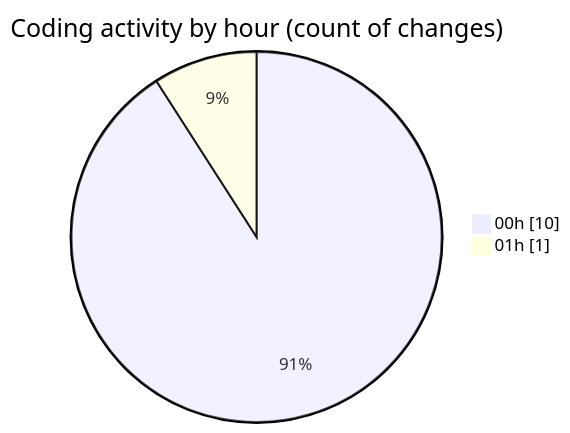
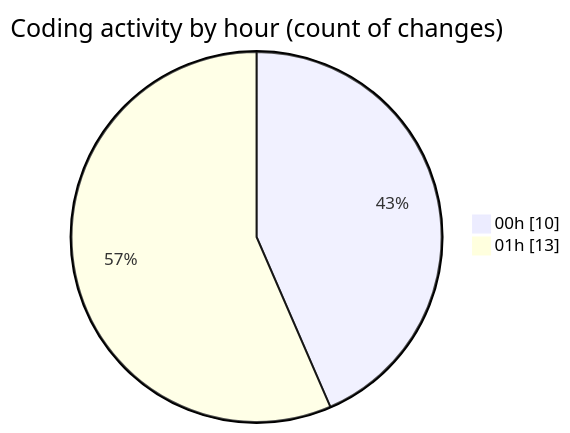
One commit to ernivani/code-tracking changed the second of 2 diagrams in 2024-12-30/my-code-activity-ext/README.md. Above: the diagram before and after it, drawn with Mermaid. The commit also changed other lines of this file and 1 other file, not shown here.

````diff
--- a/2024-12-30/my-code-activity-ext/README.md
+++ b/2024-12-30/my-code-activity-ext/README.md
@@ -34,6 +41,6 @@
 ```mermaid
 pie showData
 title Coding activity by hour (count of changes)
 "00h" : 10
-"01h" : 1
+"01h" : 13
 ```
````
